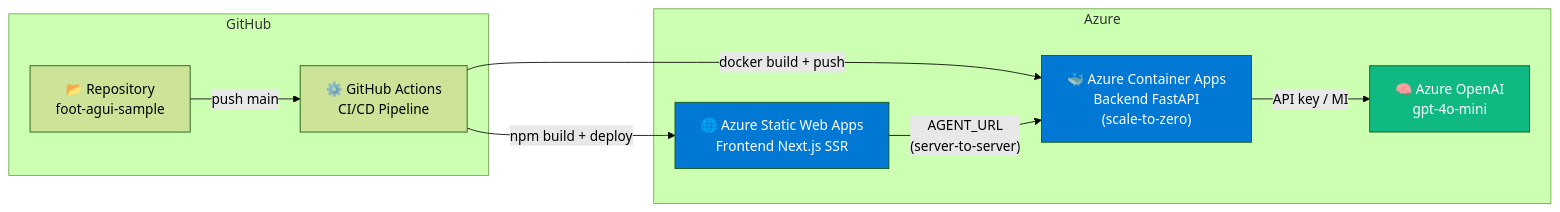
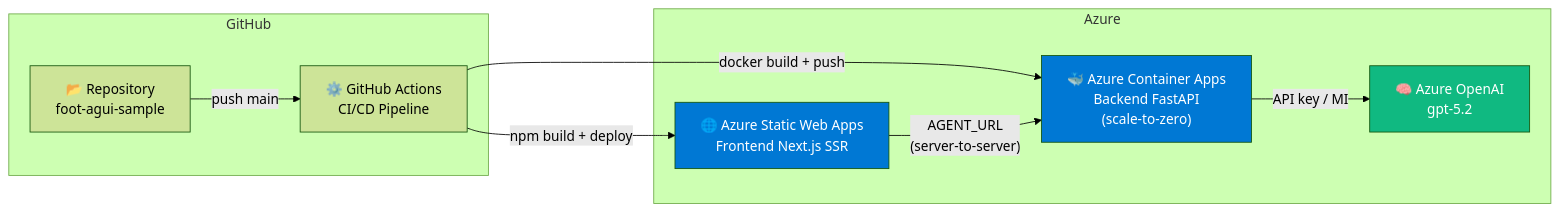
One commit to fredgis/foot-agui-sample changed the fourth of 6 diagrams in README.md. Above: the diagram before and after it, drawn with Mermaid (forest theme). The commit also changed other lines of this file, not shown here.

````diff
--- a/README.md
+++ b/README.md
@@ -109,23 +192,23 @@
 ```mermaid
 graph LR
     subgraph "GitHub"
         Repo["📂 Repository<br/>foot-agui-sample"]
         Actions["⚙️ GitHub Actions<br/>CI/CD Pipeline"]
     end
 
     subgraph "Azure"
         SWA["🌐 Azure Static Web Apps<br/>Frontend Next.js SSR"]
         ACA["🐳 Azure Container Apps<br/>Backend FastAPI<br/>(scale-to-zero)"]
-        AOAI["🧠 Azure OpenAI<br/>gpt-4o-mini"]
+        AOAI["🧠 Azure OpenAI<br/>gpt-5.2"]
     end
 
     Repo -->|"push main"| Actions
     Actions -->|"npm build + deploy"| SWA
     Actions -->|"docker build + push"| ACA
     SWA -->|"AGENT_URL<br/>(server-to-server)"| ACA
     ACA -->|"API key / MI"| AOAI
 
     style SWA fill:#0078d4,color:#fff
     style ACA fill:#0078d4,color:#fff
     style AOAI fill:#10b981,color:#fff
 ```
````
